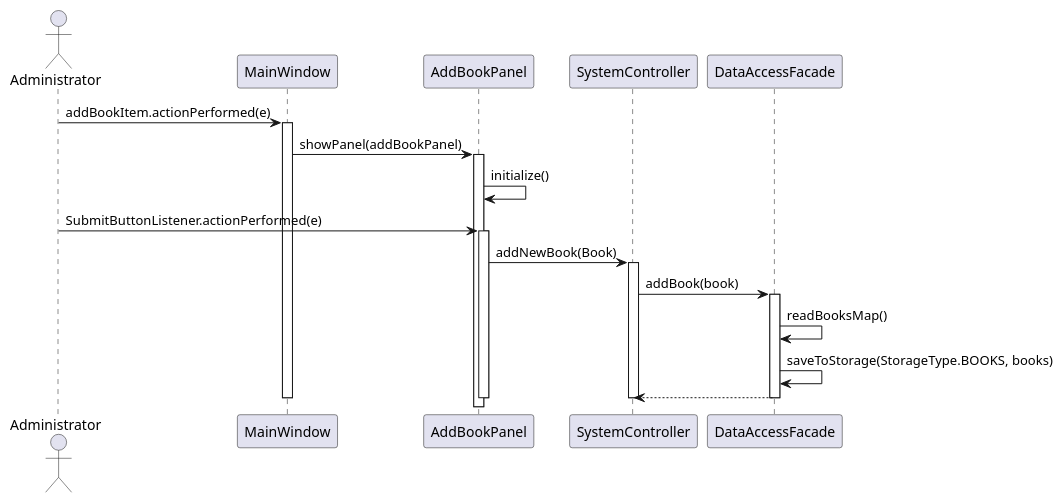
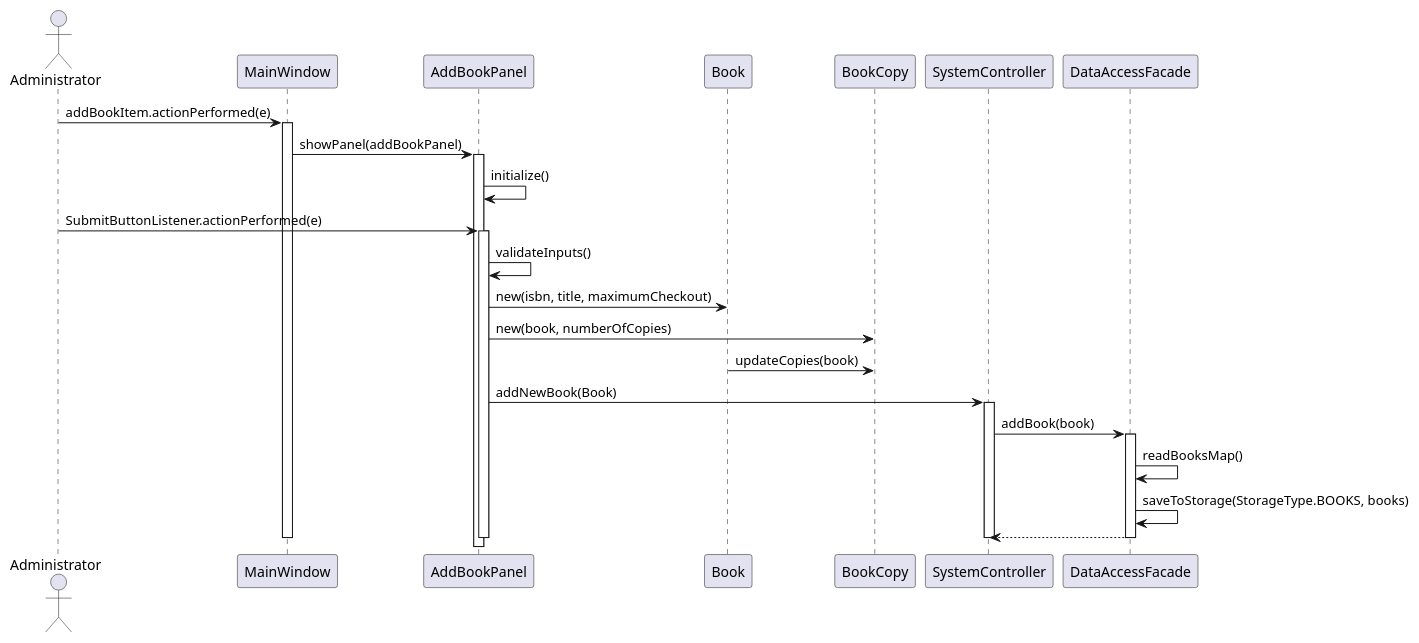
The diagram in src/uml/seq1-opt.puml (mohammed-almassri/LibraryGroupD), drawn with PlantUML before and after one commit. The commit also changed 1 other file, not shown here.

Commit message:
Update add book diagrams

```diff
--- a/src/uml/seq1-opt.puml
+++ b/src/uml/seq1-opt.puml
@@ -1,33 +1,41 @@
 @startuml
 actor Administrator
 
 Administrator -> MainWindow : addBookItem.actionPerformed(e)
 activate MainWindow
 
 MainWindow -> AddBookPanel : showPanel(addBookPanel)
 activate AddBookPanel
 
 AddBookPanel -> AddBookPanel : initialize()
 
 Administrator -> AddBookPanel : SubmitButtonListener.actionPerformed(e)
 activate AddBookPanel
+
+AddBookPanel -> AddBookPanel : validateInputs()
+
+AddBookPanel -> Book : new(isbn, title, maximumCheckout)
+
+AddBookPanel -> BookCopy : new(book, numberOfCopies)
+
+Book -> BookCopy: updateCopies(book)
 
 AddBookPanel -> SystemController : addNewBook(Book)
 activate SystemController
 
 SystemController -> DataAccessFacade : addBook(book)
 activate DataAccessFacade
 
 DataAccessFacade -> DataAccessFacade : readBooksMap()
 DataAccessFacade -> DataAccessFacade : saveToStorage(StorageType.BOOKS, books)
 
 return
 
 deactivate DataAccessFacade
 
 deactivate SystemController
 
 deactivate AddBookPanel
 
 deactivate MainWindow
 @enduml
```
